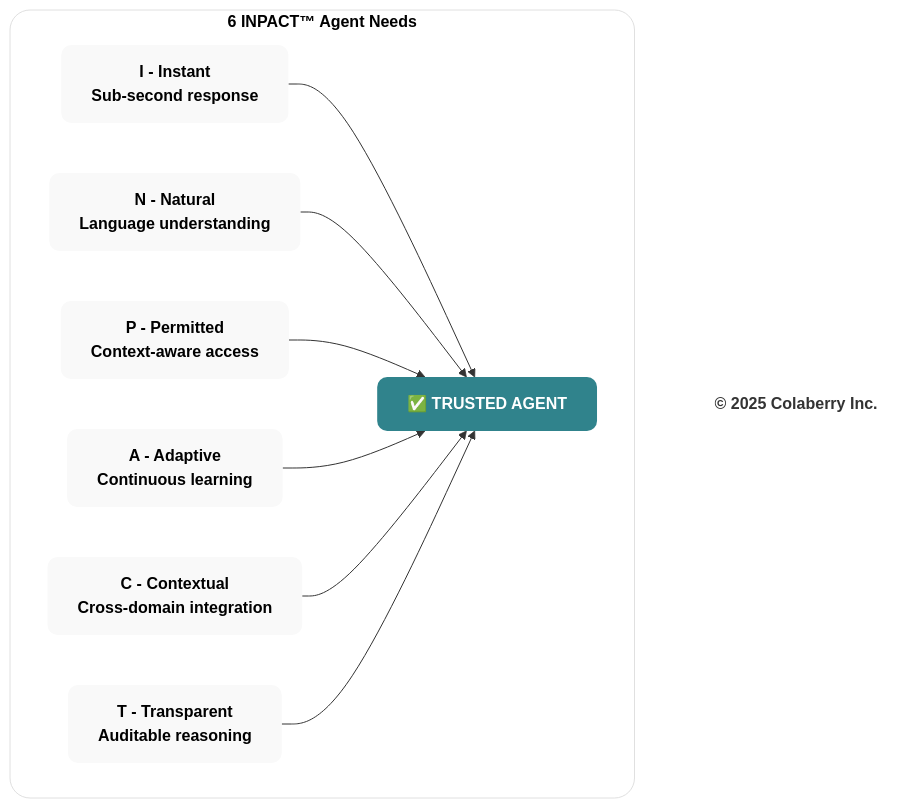
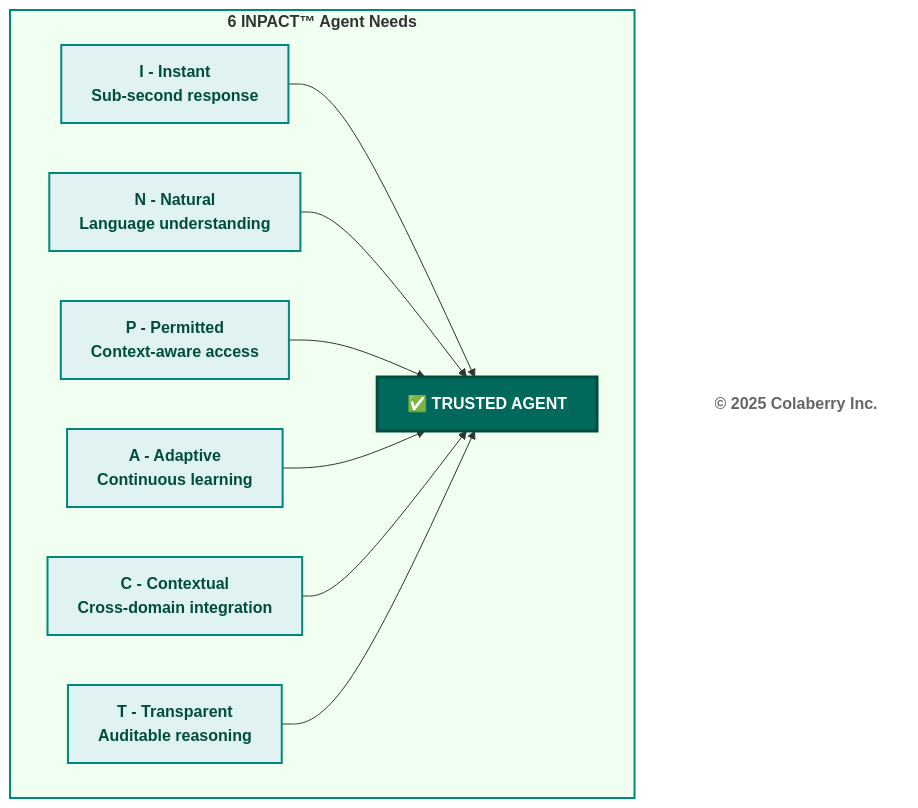
The third of 4 diagrams in manuscript/01_chapter_0_trust_before_intelligence.md (saitejesh-cyber/trust-before-intelligence-book), drawn with Mermaid before and after one commit. The commit also changed other lines of this file and 12 other files, not shown here.

Commit message:
Restore legacy Mermaid styles for Option 1

````diff
--- a/manuscript/01_chapter_0_trust_before_intelligence.md
+++ b/manuscript/01_chapter_0_trust_before_intelligence.md
@@ -231,32 +230,32 @@
 ```mermaid
 graph TB
     subgraph HITL["<b>6 INPACT™ Agent Needs</b>"]
         I["<b>I - Instant</b><br/><b>Sub-second response</b>"]
         N["<b>N - Natural</b><br/><b>Language understanding</b>"]
         P["<b>P - Permitted</b><br/><b>Context-aware access</b>"]
         A["<b>A - Adaptive</b><br/><b>Continuous learning</b>"]
         C["<b>C - Contextual</b><br/><b>Cross-domain integration</b>"]
         T["<b>T - Transparent</b><br/><b>Auditable reasoning</b>"]
         
         Trust["<b>✅ TRUSTED AGENT</b>"]
     end
     
     I --> Trust
     N --> Trust
     P --> Trust
     A --> Trust
     C --> Trust
     T --> Trust
     
     Copyright["<b>© 2025 Colaberry Inc.</b>"]
     
-    style HITL fill:#ffffff,stroke:#e0e0e0,stroke-width:1px,color:#000000,rx:20,ry:20
-    style I fill:#f9f9f9,stroke:none,color:#000000,rx:10,ry:10
-    style N fill:#f9f9f9,stroke:none,color:#000000,rx:10,ry:10
-    style P fill:#f9f9f9,stroke:none,color:#000000,rx:10,ry:10
-    style A fill:#f9f9f9,stroke:none,color:#000000,rx:10,ry:10
-    style C fill:#f9f9f9,stroke:none,color:#000000,rx:10,ry:10
-    style T fill:#f9f9f9,stroke:none,color:#000000,rx:10,ry:10
-    style Trust fill:#30838C,stroke:none,color:#ffffff,rx:10,ry:10
-    style Copyright fill:none,stroke:none,color:#333333
+    style HITL fill:#f0fff0,stroke:#00897b,stroke-width:2px
+    style I fill:#e0f2f1,stroke:#00897b,stroke-width:2px,color:#004d40
+    style N fill:#e0f2f1,stroke:#00897b,stroke-width:2px,color:#004d40
+    style P fill:#e0f2f1,stroke:#00897b,stroke-width:2px,color:#004d40
+    style A fill:#e0f2f1,stroke:#00897b,stroke-width:2px,color:#004d40
+    style C fill:#e0f2f1,stroke:#00897b,stroke-width:2px,color:#004d40
+    style T fill:#e0f2f1,stroke:#00897b,stroke-width:2px,color:#004d40
+    style Trust fill:#00695c,color:#ffffff,stroke:#004d40,stroke-width:3px
+    style Copyright fill:#ffffff,stroke:none,color:#666666
 ```
````
